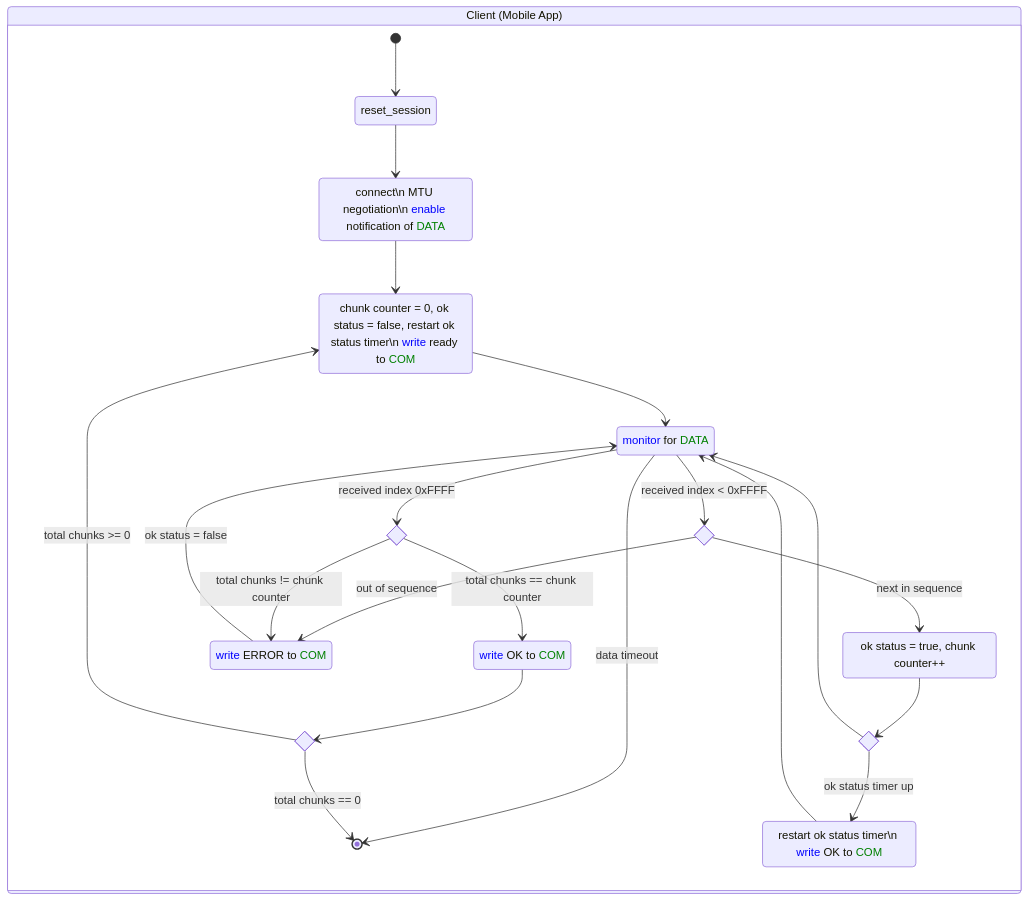
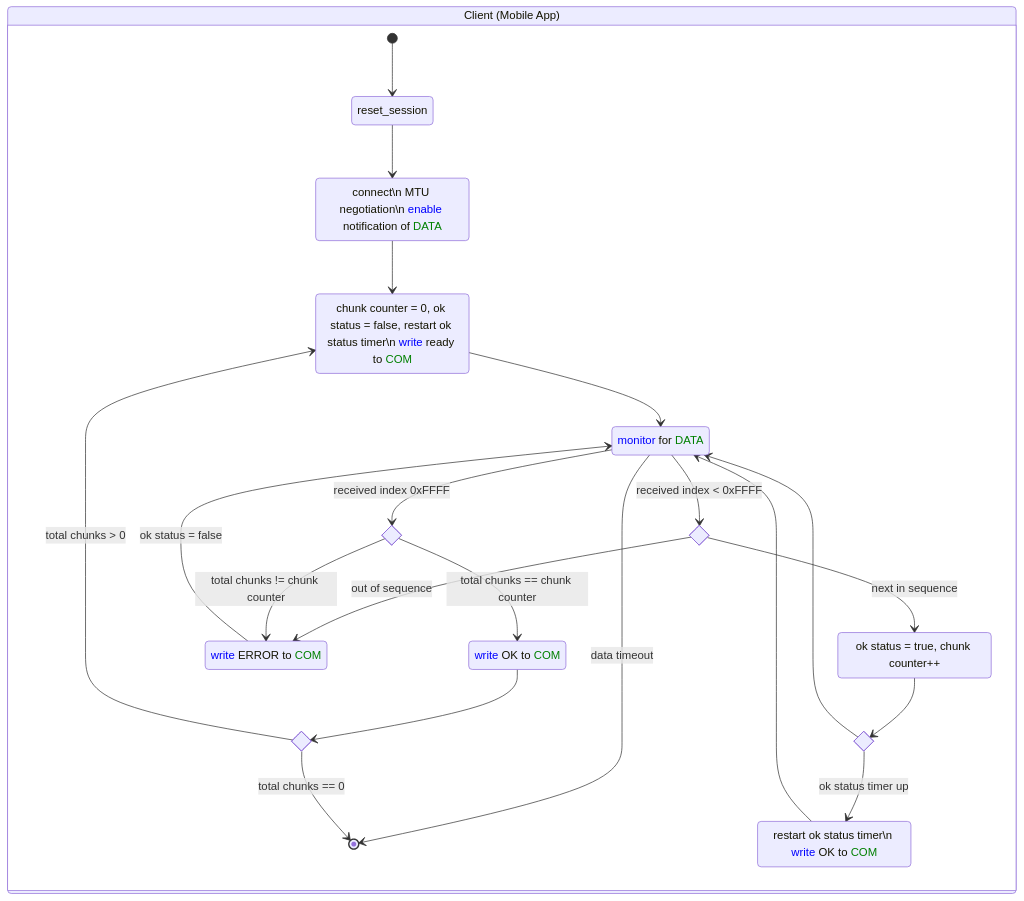
One commit to Jesse-Na/SickKids-App-CSC301 changed the diagram in app/ble_data_transfer_protocol.md. Above: the diagram before and after it, drawn with Mermaid. The commit also changed other lines of this file and 2 other files, not shown here.

````diff
--- a/app/ble_data_transfer_protocol.md
+++ b/app/ble_data_transfer_protocol.md
@@ -23,59 +45,59 @@
 ```mermaid
 stateDiagram-v2
 
     state "Client (Mobile App)" as Client {
 
         %% DEFINE STATES %%%%%%%%%%%%%%%%%%%%%%%%%%%%%%%%%%%%%%%%%%
         start_session : connect\n MTU negotiation\n <font color=blue>enable</font> notification of <font color=green>DATA</font>
         receive_ready : chunk counter = 0, ok status = false, restart ok status timer\n <font color=blue>write</font> ready to <font color=green>COM</font>
         monitor : <font color=blue>monitor</font> for <font color=green>DATA</font>
 
         ok : restart ok status timer\n <font color=blue>write</font> OK to <font color=green>COM</font>
 
         error : <font color=blue>write</font> ERROR to <font color=green>COM</font>
 
         done_session : <font color=blue>write</font> OK to <font color=green>COM</font>
 
         receive_nonfinal_ok : ok status = true, chunk counter++
 
         state ok_timer <<choice>>
         state receive_final <<choice>>
         state receive_nonfinal <<choice>>
         state total_chunks <<choice>>
 
         %% START DIAGRAM %%%%%%%%%%%%%%%%%%%%%%%%%%%%%%%%%%%%%%%%%%
         [*] --> reset_session
         reset_session --> start_session
         start_session --> receive_ready
         receive_ready --> monitor
 
         %% data timeout
         monitor --> [*] : data timeout
 
         %% received nonfinal chunk
         monitor --> receive_nonfinal : received index < 0xFFFF
 
         receive_nonfinal --> receive_nonfinal_ok : next in sequence
         receive_nonfinal_ok --> ok_timer
 
         ok_timer --> monitor
 
         ok_timer --> ok : ok status timer up
         ok --> monitor
 
         receive_nonfinal --> error : out of sequence
 
         %% receive final 0xFFFF chunk
         monitor --> receive_final : received index 0xFFFF
 
         receive_final --> done_session : total chunks == chunk counter
         done_session --> total_chunks
-        total_chunks --> receive_ready : total chunks >= 0
+        total_chunks --> receive_ready : total chunks > 0
         total_chunks --> [*] : total chunks == 0
 
         receive_final --> error : total chunks != chunk counter
 
         %% received out of sequence chunk
         error --> monitor : ok status = false
     }
 ```
````
